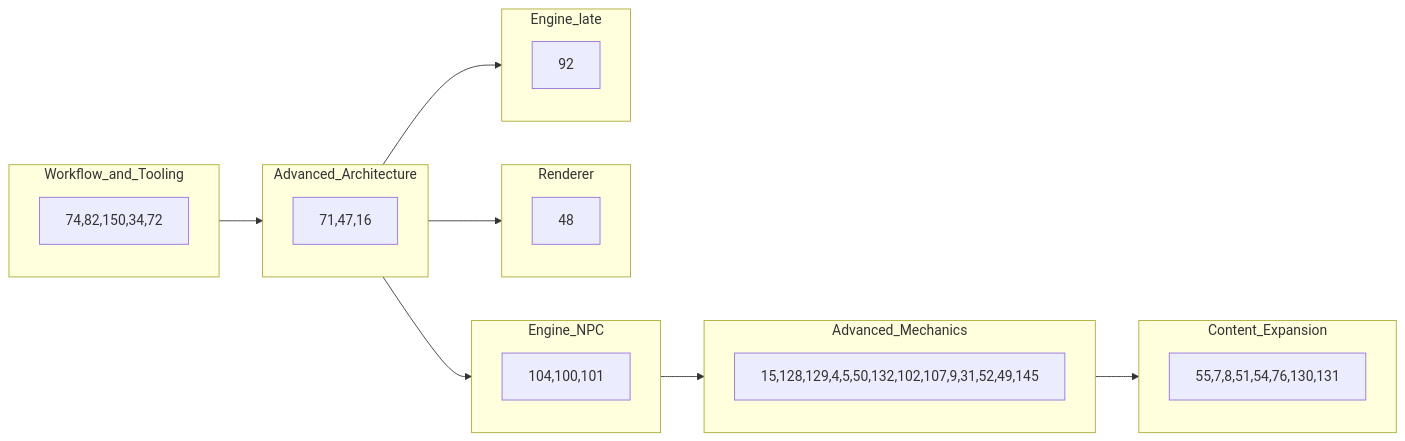
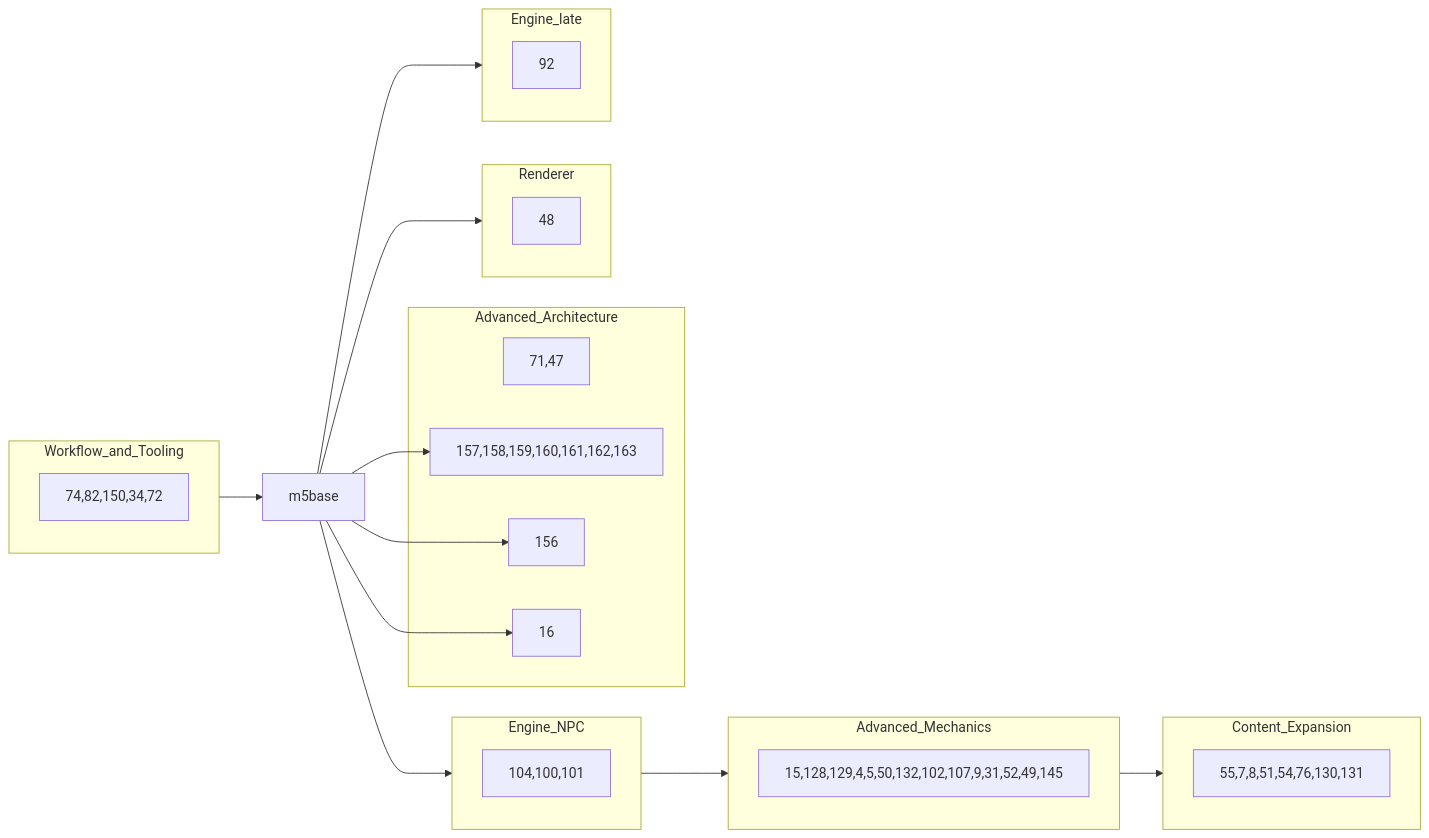
One commit to ianmays/dosmud changed the diagram in DEV_PLAN.md. Above: the diagram before and after it, drawn with Mermaid. The commit also changed other lines of this file, not shown here.

Commit message:
refresh DEV_PLAN execution-order graph for #47 follow-up split
- update advanced architecture mermaid flow to show direct #157-#163 chain and separate #156 lane
- align execution-order prose and dependency chain text with current blocked-by relationships

````diff
--- a/DEV_PLAN.md
+++ b/DEV_PLAN.md
@@ -44,30 +44,36 @@
 ```mermaid
 flowchart LR
   subgraph m4 [Workflow_and_Tooling]
     M4["74,82,150,34,72"]
   end
   subgraph m5 [Advanced_Architecture]
-    M5["71,47,16"]
+    M5base["71,47"]
+    M5chain["157,158,159,160,161,162,163"]
+    M5adj["156"]
+    M5late["16"]
   end
   subgraph m9a [Engine_NPC]
     M9a["104,100,101"]
   end
   subgraph m8 [Advanced_Mechanics]
     M8["15,128,129,4,5,50,132,102,107,9,31,52,49,145"]
   end
   subgraph m6 [Content_Expansion]
     M6["55,7,8,51,54,76,130,131"]
   end
   subgraph m7 [Renderer]
     M7["48"]
   end
   subgraph m9b [Engine_late]
     M9b["92"]
   end
-  m4 --> m5
-  m5 --> m9a
+  m4 --> m5base
+  m5base --> M5chain
+  m5base --> M5adj
+  m5base --> M5late
+  m5base --> m9a
   m9a --> m8
   m8 --> m6
-  m5 --> m7
-  m5 --> m9b
+  m5base --> m7
+  m5base --> m9b
 ```
````
